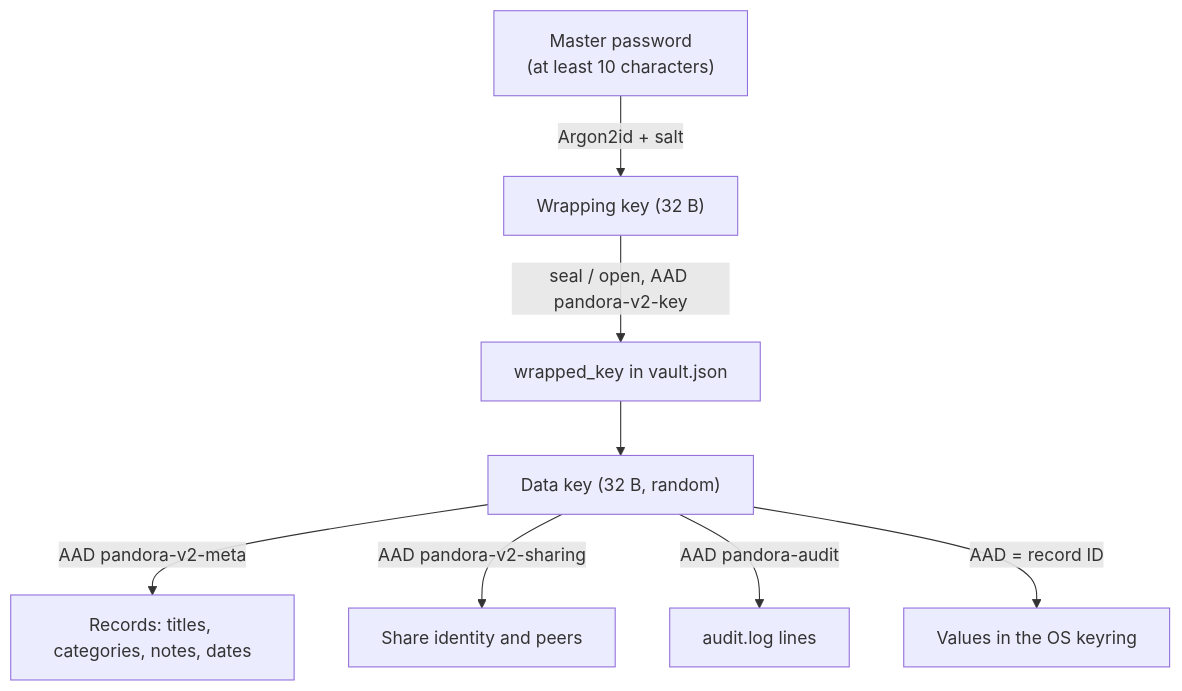
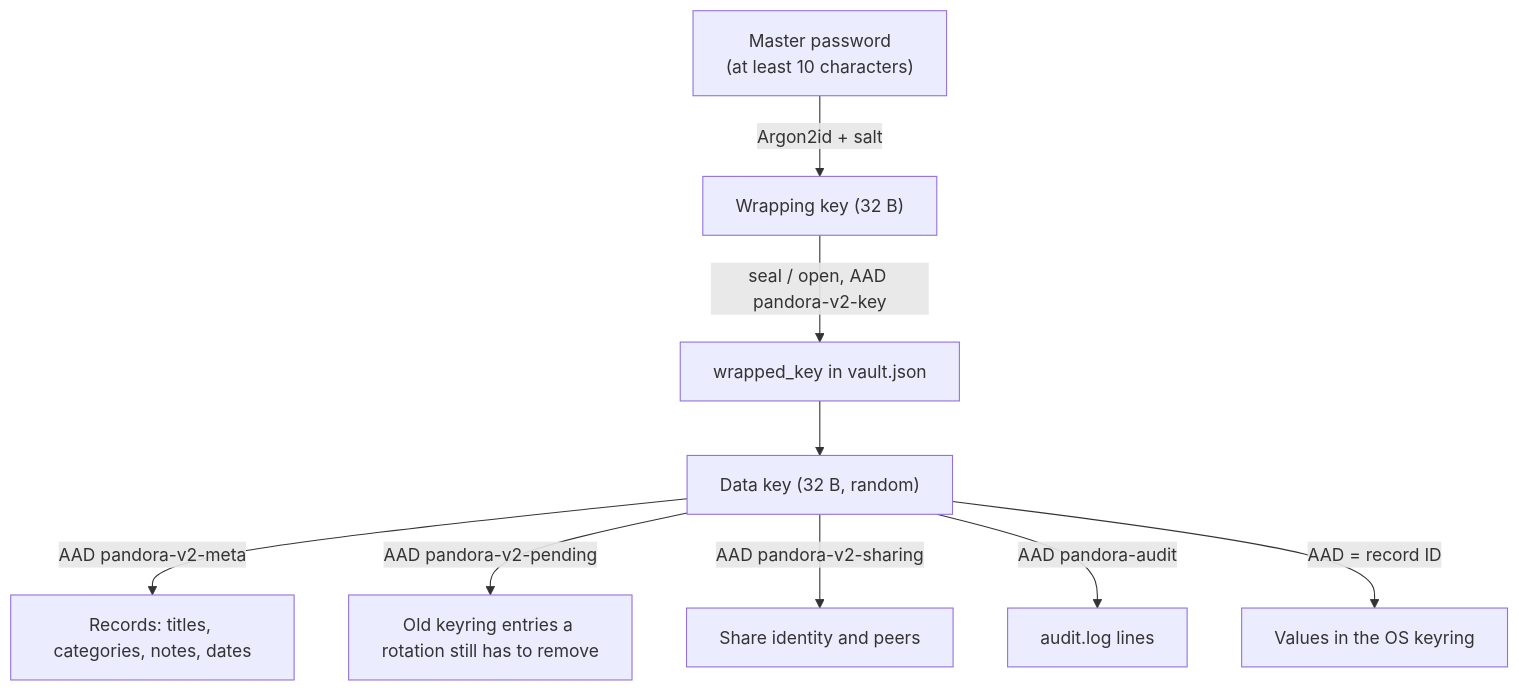
The diagram in docs/security/cryptography.md (RafaSG13/Pandora), drawn with Mermaid before and after one commit. The commit also changed other lines of this file and 12 other files, not shown here.

First line of the commit message:
Harden CI and release, reorder the roadmap, document the security changes

````diff
--- a/docs/security/cryptography.md
+++ b/docs/security/cryptography.md
@@ -19,10 +19,11 @@
 ```mermaid
 flowchart TD
     PW["Master password<br/>(at least 10 characters)"] -->|"Argon2id + salt"| WK["Wrapping key (32 B)"]
     WK -->|"seal / open, AAD pandora-v2-key"| WRAP["wrapped_key in vault.json"]
     WRAP --> DK["Data key (32 B, random)"]
     DK -->|"AAD pandora-v2-meta"| META["Records: titles, categories, notes, dates"]
+    DK -->|"AAD pandora-v2-pending"| PEND["Old keyring entries a rotation still has to remove"]
     DK -->|"AAD pandora-v2-sharing"| SHR["Share identity and peers"]
     DK -->|"AAD pandora-audit"| AUD["audit.log lines"]
     DK -->|"AAD = record ID"| VAL["Values in the OS keyring"]
 ```
````
